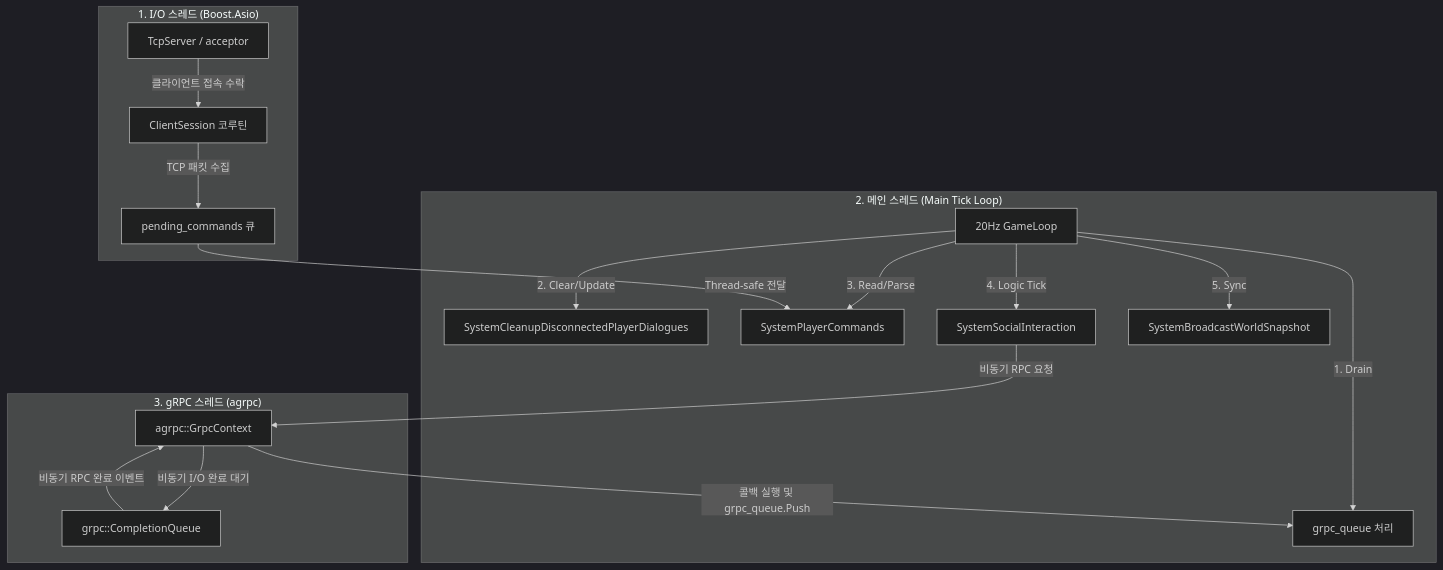
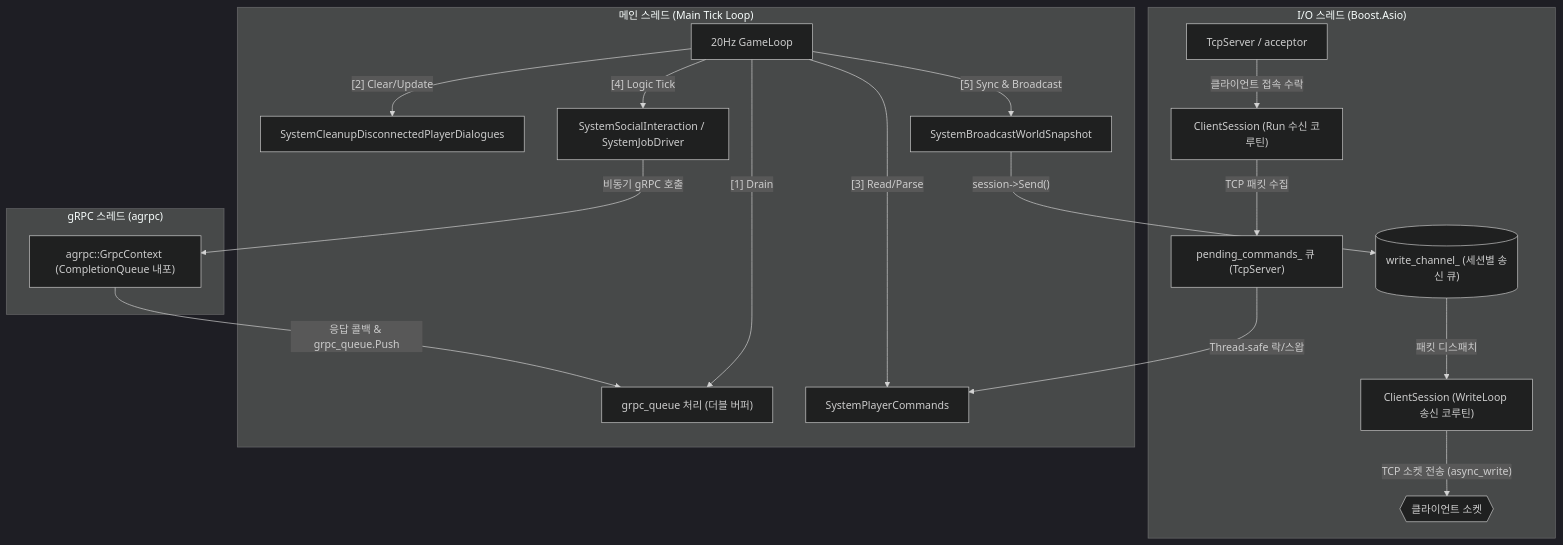
One commit to jin20203458/Obsidian.Agent changed the first of 5 diagrams in MundusVivens/docs/01_architecture.md. Above: the diagram before and after it, drawn with Mermaid (dark theme). The commit also changed other lines of this file and 8 other files, not shown here.

````diff
--- a/MundusVivens/docs/01_architecture.md
+++ b/MundusVivens/docs/01_architecture.md
@@ -14,25 +15,28 @@
 ```mermaid
-graph TD
-    subgraph io_thread ["1. I/O 스레드 (Boost.Asio)"]
-        A[TcpServer / acceptor] -->|클라이언트 접속 수락| B[ClientSession 코루틴]
-        B -->|TCP 패킷 수집| C[pending_commands 큐]
+flowchart TD
+    subgraph io_thread ["I/O 스레드 (Boost.Asio)"]
+        A["TcpServer / acceptor"] -->|"클라이언트 접속 수락"| B["ClientSession (Run 수신 코루틴)"]
+        B -->|"TCP 패킷 수집"| C["pending_commands_ 큐 (TcpServer)"]
+        
+        W_Chan[("write_channel_ (세션별 송신 큐)")] -->|"패킷 디스패치"| WL["ClientSession (WriteLoop 송신 코루틴)"]
+        WL -->|"TCP 소켓 전송 (async_write)"| ClientSocket{{"클라이언트 소켓"}}
     end
 
-    subgraph main_thread ["2. 메인 스레드 (Main Tick Loop)"]
-        M[20Hz GameLoop] -->|1. Drain| D[grpc_queue 처리]
-        M -->|2. Clear/Update| E[SystemCleanupDisconnectedPlayerDialogues]
-        M -->|3. Read/Parse| F[SystemPlayerCommands]
-        M -->|4. Logic Tick| G[SystemSocialInteraction]
-        M -->|5. Sync| H[SystemBroadcastWorldSnapshot]
+    subgraph main_thread ["메인 스레드 (Main Tick Loop)"]
+        M["20Hz GameLoop"] -->|"[1] Drain"| D["grpc_queue 처리 (더블 버퍼)"]
+        M -->|"[2] Clear/Update"| E["SystemCleanupDisconnectedPlayerDialogues"]
+        M -->|"[3] Read/Parse"| F["SystemPlayerCommands"]
+        M -->|"[4] Logic Tick"| G["SystemSocialInteraction / SystemJobDriver"]
+        M -->|"[5] Sync & Broadcast"| H["SystemBroadcastWorldSnapshot"]
     end
 
-    subgraph grpc_thread ["3. gRPC 스레드 (agrpc)"]
-        G_Context[agrpc::GrpcContext] -->|비동기 I/O 완료 대기| G_Queue[grpc::CompletionQueue]
-        G_Queue -->|비동기 RPC 완료 이벤트| G_Context
+    subgraph grpc_thread ["gRPC 스레드 (agrpc)"]
+        G_Context["agrpc::GrpcContext (CompletionQueue 내포)"]
     end
 
-    %% 데이터 흐름
-    C -->|Thread-safe 전달| F
-    G -->|비동기 RPC 요청| G_Context
-    G_Context -->|콜백 실행 및 grpc_queue.Push| D
+    %% 데이터 흐름 (스레드 간 통신)
+    C -->|"Thread-safe 락/스왑"| F
+    G -->|"비동기 gRPC 호출"| G_Context
+    G_Context -->|"응답 콜백 & grpc_queue.Push"| D
+    H -->|"session->Send()"| W_Chan
 ```
````
